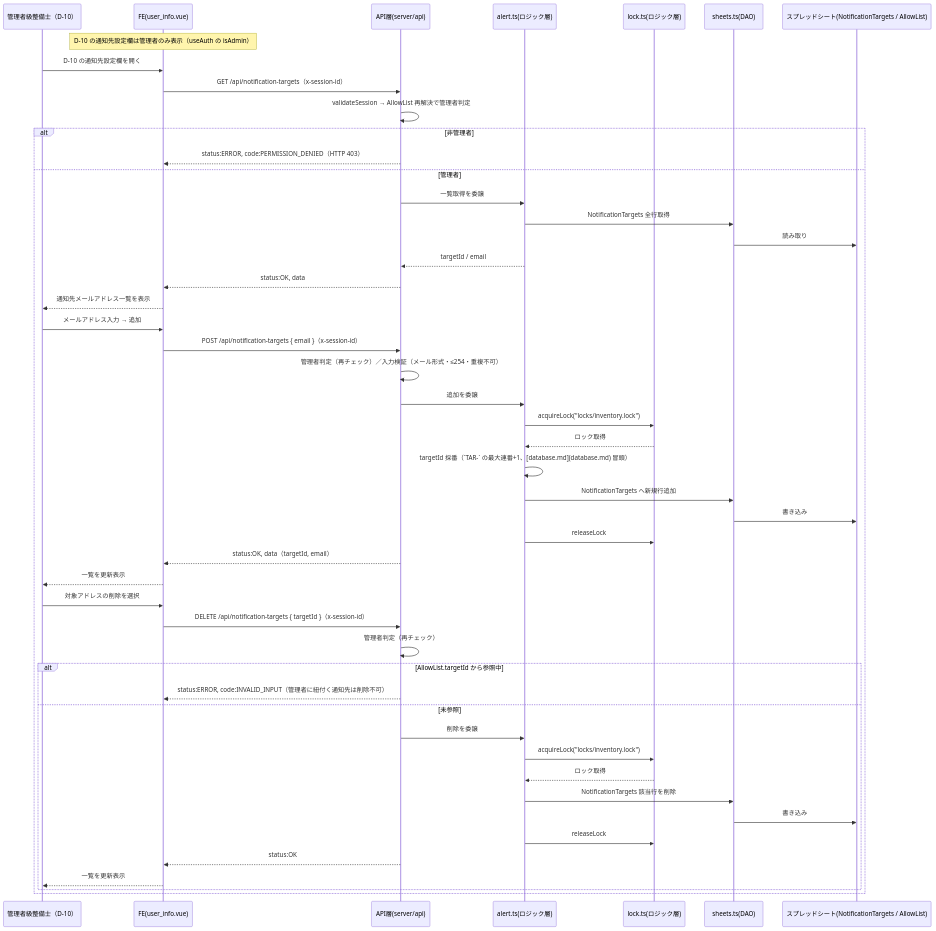
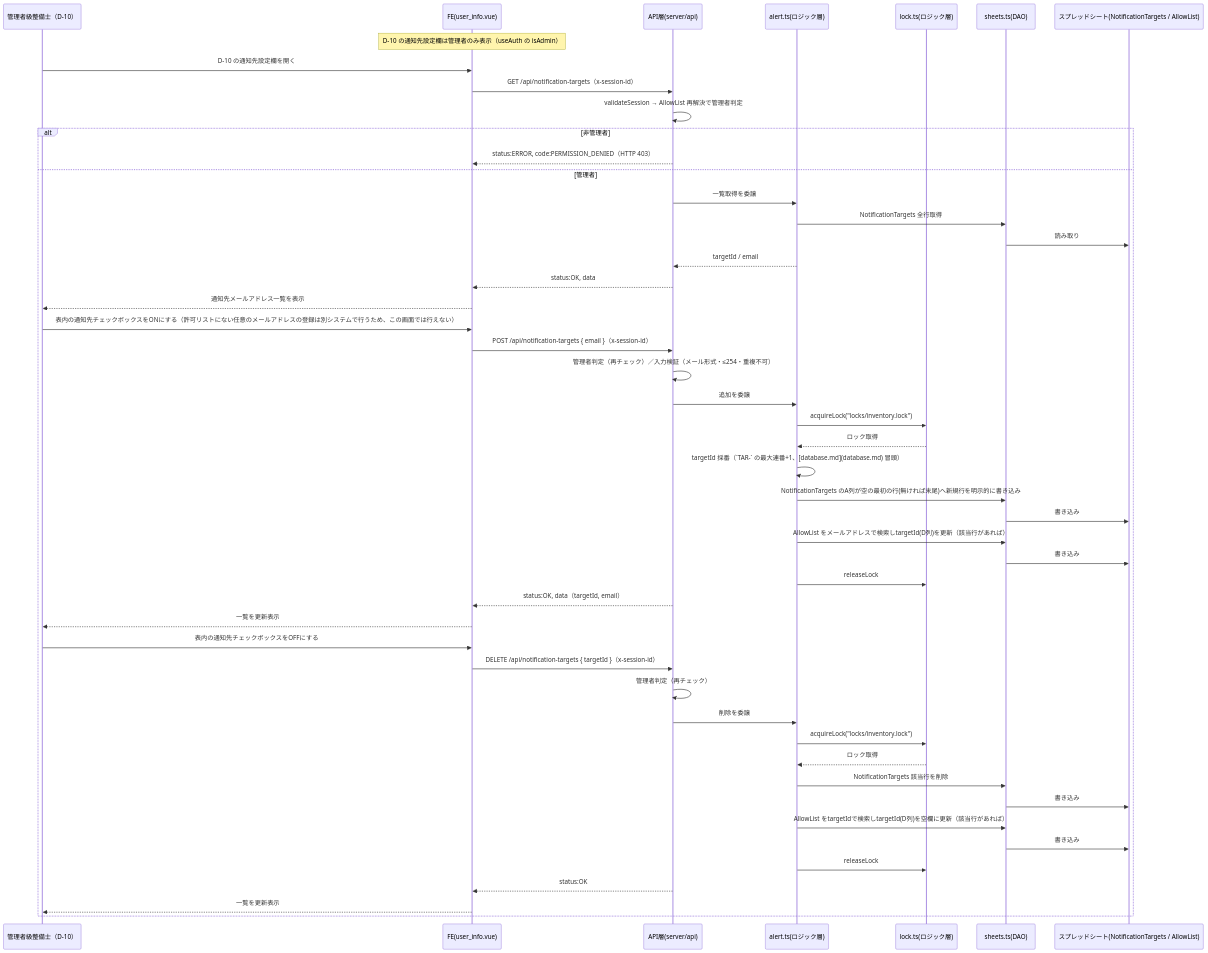
One commit to shinichi-yoshida-16/inventory_system_v2 changed the sixth of 6 diagrams in docs/architecture/sequence.md. Above: the diagram before and after it, drawn with Mermaid. The commit also changed other lines of this file and 8 other files, not shown here.

````diff
--- a/docs/architecture/sequence.md
+++ b/docs/architecture/sequence.md
@@ -402,55 +402,55 @@
 ```mermaid
 sequenceDiagram
     participant U as 管理者級整備士（D-10）
     participant FE as FE(user_info.vue)
     participant API as API層(server/api)
     participant Logic as alert.ts(ロジック層)
     participant Lock as lock.ts(ロジック層)
     participant DAO as sheets.ts(DAO)
     participant SS as スプレッドシート(NotificationTargets / AllowList)
 
     Note over FE: D-10 の通知先設定欄は管理者のみ表示（useAuth の isAdmin）
 
     U->>FE: D-10 の通知先設定欄を開く
     FE->>API: GET /api/notification-targets（x-session-id）
     API->>API: validateSession → AllowList 再解決で管理者判定
     alt 非管理者
         API-->>FE: status:ERROR, code:PERMISSION_DENIED（HTTP 403）
     else 管理者
         API->>Logic: 一覧取得を委譲
         Logic->>DAO: NotificationTargets 全行取得
         DAO->>SS: 読み取り
         Logic-->>API: targetId / email
         API-->>FE: status:OK, data
         FE-->>U: 通知先メールアドレス一覧を表示
 
-        U->>FE: メールアドレス入力 → 追加
+        U->>FE: 表内の通知先チェックボックスをONにする（許可リストにない任意のメールアドレスの登録は別システムで行うため、この画面では行えない）
         FE->>API: POST /api/notification-targets { email }（x-session-id）
         API->>API: 管理者判定（再チェック）／入力検証（メール形式・≤254・重複不可）
         API->>Logic: 追加を委譲
         Logic->>Lock: acquireLock("locks/inventory.lock")
         Lock-->>Logic: ロック取得
         Logic->>Logic: targetId 採番（`TAR-` の最大連番+1、[database.md](database.md) 冒頭）
-        Logic->>DAO: NotificationTargets へ新規行追加
+        Logic->>DAO: NotificationTargets のA列が空の最初の行(無ければ末尾)へ新規行を明示的に書き込み
+        DAO->>SS: 書き込み
+        Logic->>DAO: AllowList をメールアドレスで検索しtargetId(D列)を更新（該当行があれば）
         DAO->>SS: 書き込み
         Logic->>Lock: releaseLock
         API-->>FE: status:OK, data（targetId, email）
         FE-->>U: 一覧を更新表示
 
-        U->>FE: 対象アドレスの削除を選択
+        U->>FE: 表内の通知先チェックボックスをOFFにする
         FE->>API: DELETE /api/notification-targets { targetId }（x-session-id）
         API->>API: 管理者判定（再チェック）
-        alt AllowList.targetId から参照中
-            API-->>FE: status:ERROR, code:INVALID_INPUT（管理者に紐付く通知先は削除不可）
-        else 未参照
-            API->>Logic: 削除を委譲
-            Logic->>Lock: acquireLock("locks/inventory.lock")
-            Lock-->>Logic: ロック取得
-            Logic->>DAO: NotificationTargets 該当行を削除
-            DAO->>SS: 書き込み
-            Logic->>Lock: releaseLock
-            API-->>FE: status:OK
-            FE-->>U: 一覧を更新表示
-        end
+        API->>Logic: 削除を委譲
+        Logic->>Lock: acquireLock("locks/inventory.lock")
+        Lock-->>Logic: ロック取得
+        Logic->>DAO: NotificationTargets 該当行を削除
+        DAO->>SS: 書き込み
+        Logic->>DAO: AllowList をtargetIdで検索しtargetId(D列)を空欄に更新（該当行があれば）
+        DAO->>SS: 書き込み
+        Logic->>Lock: releaseLock
+        API-->>FE: status:OK
+        FE-->>U: 一覧を更新表示
     end
 ```
````
